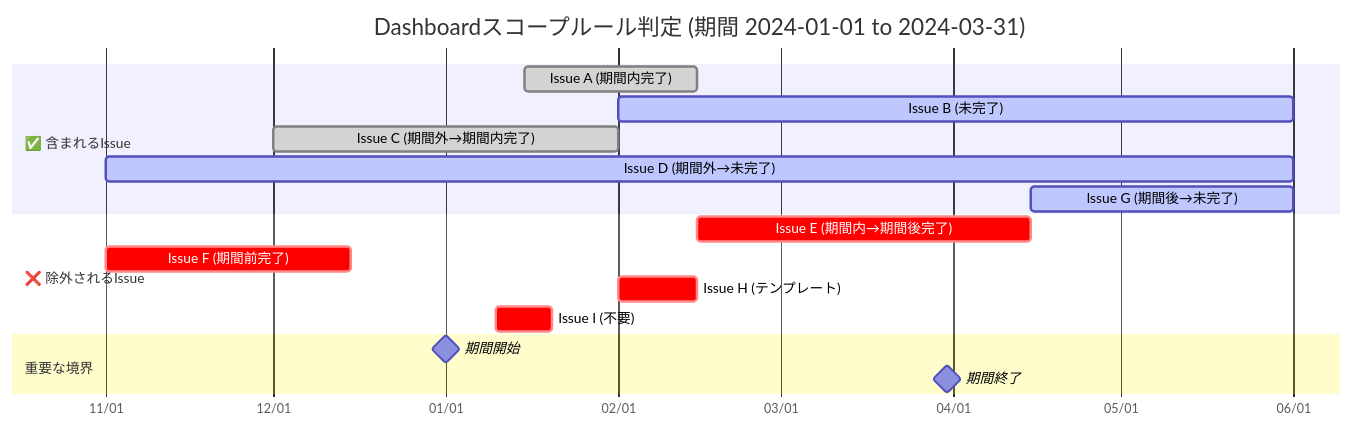
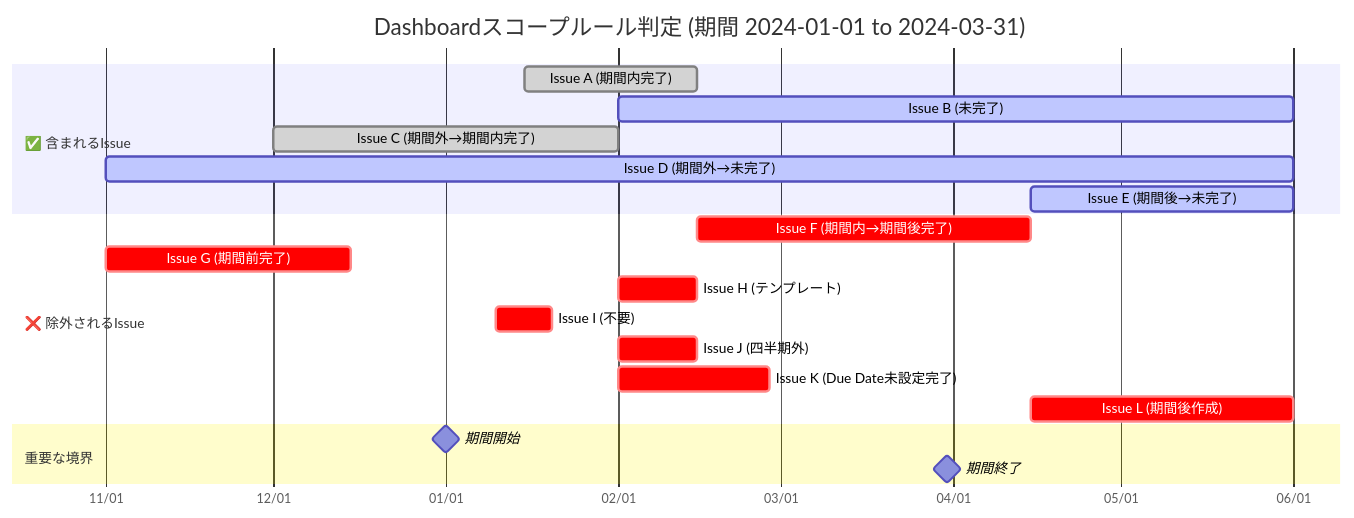
The first of 2 diagrams in README.md (suwa-sh/gitlab-bud-chart), drawn with Mermaid before and after one commit. The commit also changed other lines of this file and 26 other files, not shown here.

````diff
--- a/README.md
+++ b/README.md
@@ -168,23 +216,27 @@
 ```mermaid
 gantt
     title Dashboardスコープルール判定 (期間 2024-01-01 to 2024-03-31)
     dateFormat YYYY-MM-DD
     axisFormat %m/%d
 
     section ✅ 含まれるIssue
     Issue A (期間内完了)      :done, issue_a, 2024-01-15, 2024-02-15
     Issue B (未完了)          :active, issue_b, 2024-02-01, 2024-06-01
     Issue C (期間外→期間内完了) :done, issue_c, 2023-12-01, 2024-02-01
     Issue D (期間外→未完了)    :active, issue_d, 2023-11-01, 2024-06-01
-    Issue G (期間後→未完了)    :active, issue_g, 2024-04-15, 2024-06-01
+    Issue E (期間後→未完了)    :active, issue_e, 2024-04-15, 2024-06-01
 
     section ❌ 除外されるIssue
-    Issue E (期間内→期間後完了) :crit, issue_e, 2024-02-15, 2024-04-15
-    Issue F (期間前完了)       :crit, issue_f, 2023-11-01, 2023-12-15
+    Issue F (期間内→期間後完了) :crit, issue_f, 2024-02-15, 2024-04-15
+    Issue G (期間前完了)       :crit, issue_g, 2023-11-01, 2023-12-15
     Issue H (テンプレート)     :crit, issue_h, 2024-02-01, 2024-02-15
     Issue I (不要)            :crit, issue_i, 2024-01-10, 2024-01-20
+    Issue J (四半期外)        :crit, issue_j, 2024-02-01, 2024-02-15
+
+    Issue K (Due Date未設定完了) :crit, issue_k, 2024-02-01, 2024-02-28
+    Issue L (期間後作成)       :crit, issue_l, 2024-04-15, 2024-06-01
 
     section 重要な境界
     期間開始                  :milestone, period_start, 2024-01-01, 0d
     期間終了                  :milestone, period_end, 2024-03-31, 0d
 ```
````
